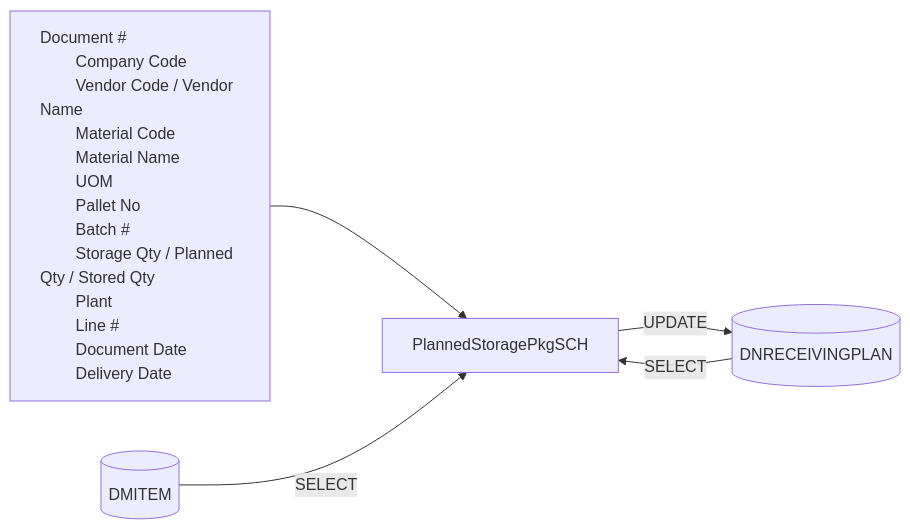
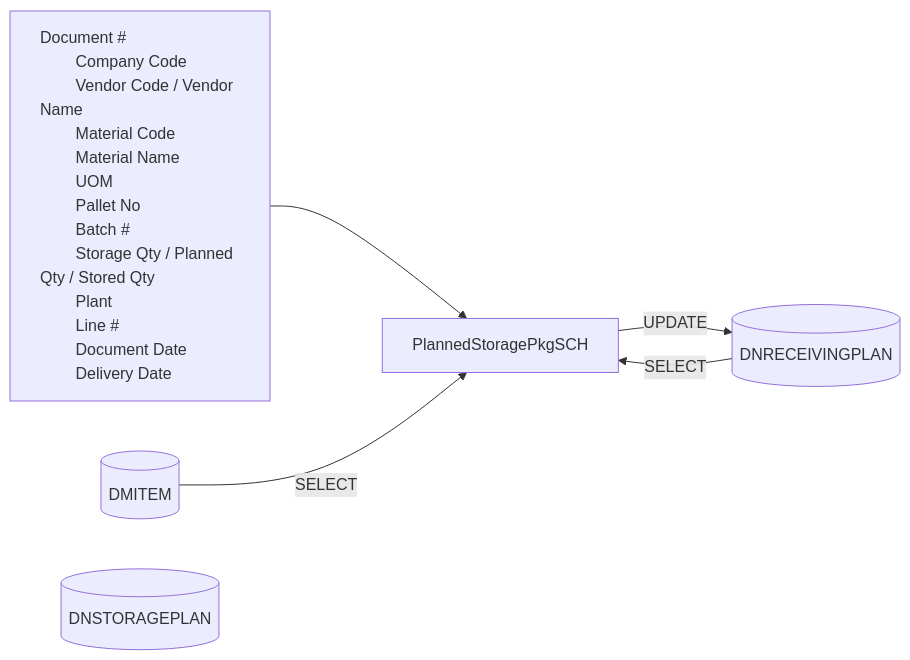
One commit to luthfiadityaa/SimeDarby-Wiki changed the first of 2 diagrams in Basic-Design/DFD-WMS/Storage/[SCREEN-ONLY]-Planned-Storage-Packaging-Material.md. Above: the diagram before and after it, drawn with Mermaid. The commit also changed other lines of this file, not shown here.

Commit message:
Updated [SCREEN ONLY] Planned Storage Packaging Material

```diff
--- a/Basic-Design/DFD-WMS/Storage/[SCREEN-ONLY]-Planned-Storage-Packaging-Material.md
+++ b/Basic-Design/DFD-WMS/Storage/[SCREEN-ONLY]-Planned-Storage-Packaging-Material.md
@@ -35,34 +35,38 @@
 ::: mermaid
 flowchart LR
     input[
         Document #
         Company Code
         Vendor Code / Vendor Name
         Material Code
         Material Name
         UOM
         Pallet No        
         Batch #
         Storage Qty / Planned Qty / Stored Qty        
         Plant
         Line #
         Document Date
         Delivery Date
     ]
 
     tableList-select[("
         DMITEM
     ")]
 
     tableList-select2[("
         DNRECEIVINGPLAN
     ")]
 
+    tableList-select3[("
+        DNSTORAGEPLAN
+    ")]
+
     className[PlannedStoragePkgSCH]
 
     input --> className--> |UPDATE| tableList-select2
     tableList-select--> |SELECT| className 
     tableList-select2--> |SELECT| className 
 
     style input text-align:left
 :::
```
